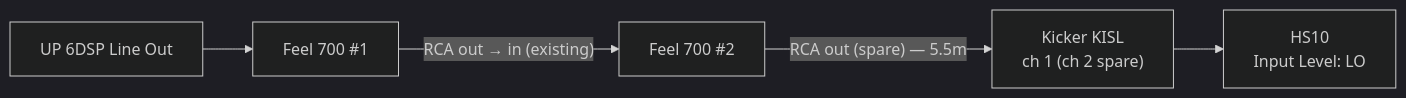
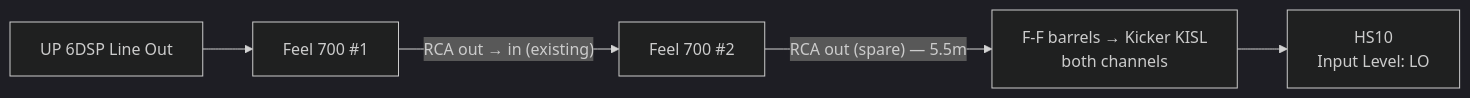
Before and after one commit to badsyntax/jimny-sound: the second of 2 diagrams in SUB-UPGRADE.md, drawn with Mermaid (dark theme). The commit also changed other lines of this file, not shown here.

First line of the commit message:
Boot sub: KISL hook-up, use both channels

````diff
--- a/SUB-UPGRADE.md
+++ b/SUB-UPGRADE.md
@@ -94,7 +94,7 @@
 ```mermaid
 flowchart LR
     DSP["UP 6DSP Line Out"] --> F1["Feel 700 #1"]
     F1 -->|"RCA out → in (existing)"| F2["Feel 700 #2"]
-    F2 -->|"RCA out (spare) — 5.5m"| KISL["Kicker KISL<br/>ch 1 (ch 2 spare)"]
+    F2 -->|"RCA out (spare) — 5.5m"| KISL["F-F barrels → Kicker KISL<br/>both channels"]
     KISL --> HS["HS10<br/>Input Level: LO"]
 ```
````
